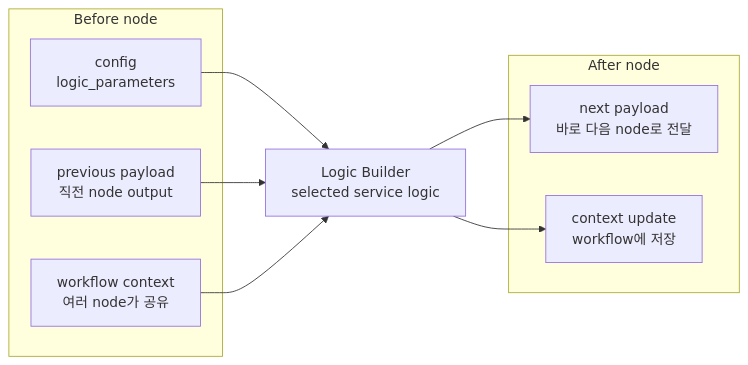
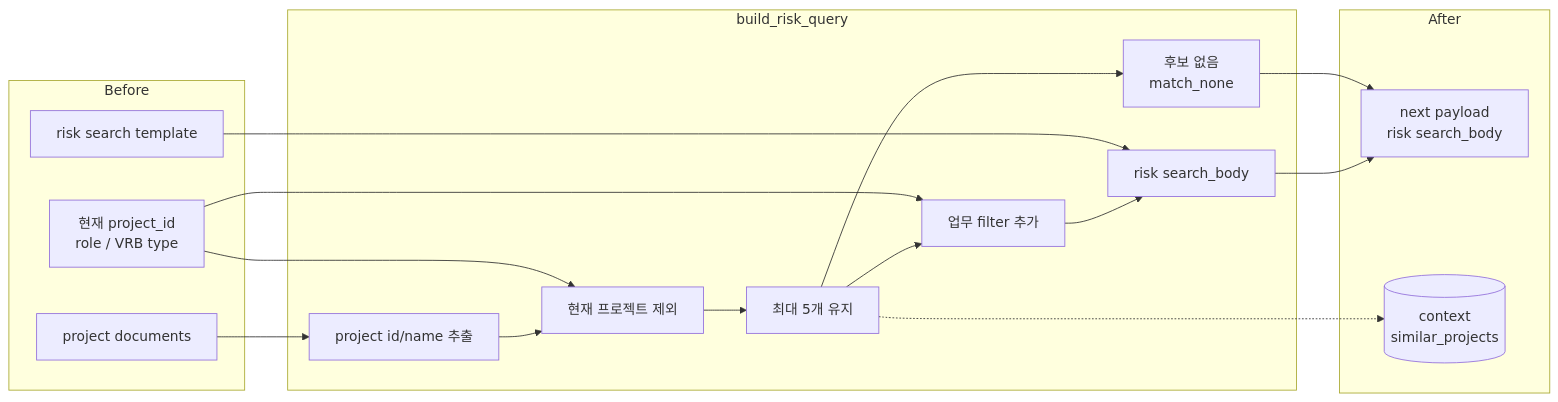
Before and after one commit to djoo-lgcns/dotfiles: the seventh of 16 diagrams in README.md, drawn with Mermaid. The commit also changed other lines of this file, not shown here.

````diff
--- a/README.md
+++ b/README.md
@@ -103,21 +309,32 @@
 ```mermaid
 flowchart LR
-  subgraph In["Before node"]
-    CFG["config<br/>logic_parameters"]
-    PREV["previous payload<br/>직전 node output"]
-    CTX["workflow context<br/>여러 node가 공유"]
+  subgraph Before["Before"]
+    PDOC["project documents"]
+    CTX1["현재 project_id<br/>role / VRB type"]
+    CFG1["risk search template"]
   end
 
-  LB["Logic Builder<br/>selected service logic"]
-
-  subgraph Out["After node"]
-    NEXT["next payload<br/>바로 다음 node로 전달"]
-    WCTX["context update<br/>workflow에 저장"]
+  subgraph Transition["build_risk_query"]
+    EXT["project id/name 추출"]
+    EXC["현재 프로젝트 제외"]
+    LIM["최대 5개 유지"]
+    FIL["업무 filter 추가"]
+    BODY["risk search_body"]
+    NONE["후보 없음<br/>match_none"]
+    EXT --> EXC --> LIM --> FIL --> BODY
+    LIM --> NONE
   end
 
-  CFG --> LB
-  PREV --> LB
-  CTX --> LB
-  LB --> NEXT
-  LB --> WCTX
+  subgraph After["After"]
+    NEXT["next payload<br/>risk search_body"]
+    CWRITE[("context<br/>similar_projects")]
+  end
+
+  PDOC --> EXT
+  CTX1 --> EXC
+  CTX1 --> FIL
+  CFG1 --> BODY
+  BODY --> NEXT
+  NONE --> NEXT
+  LIM -.-> CWRITE
 ```
````
